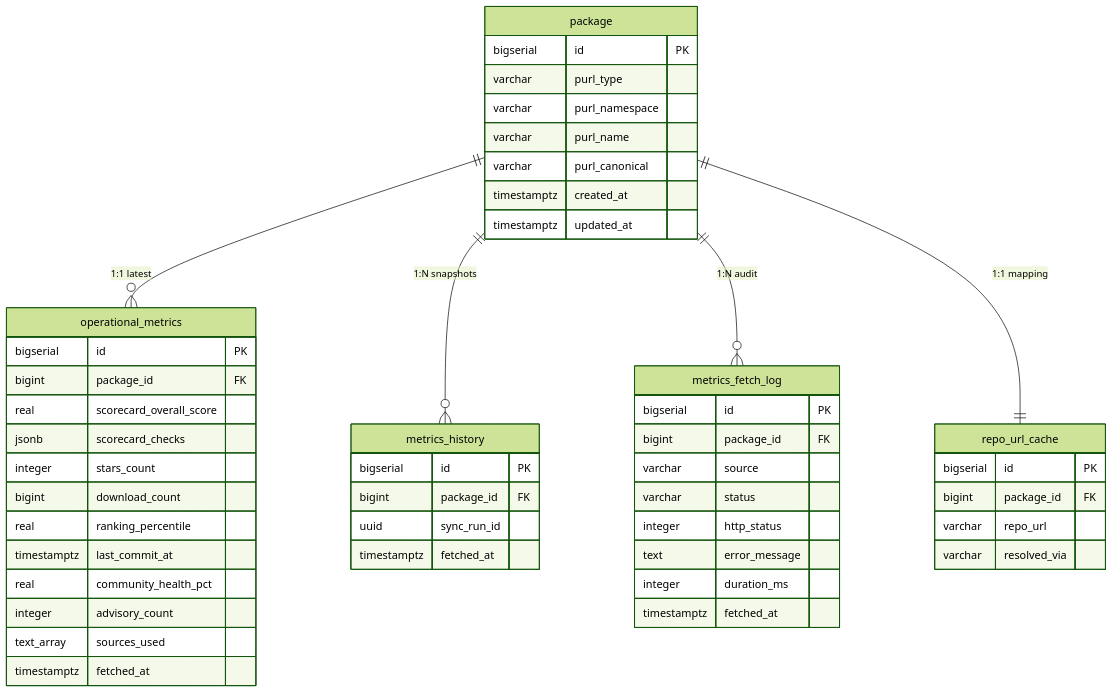
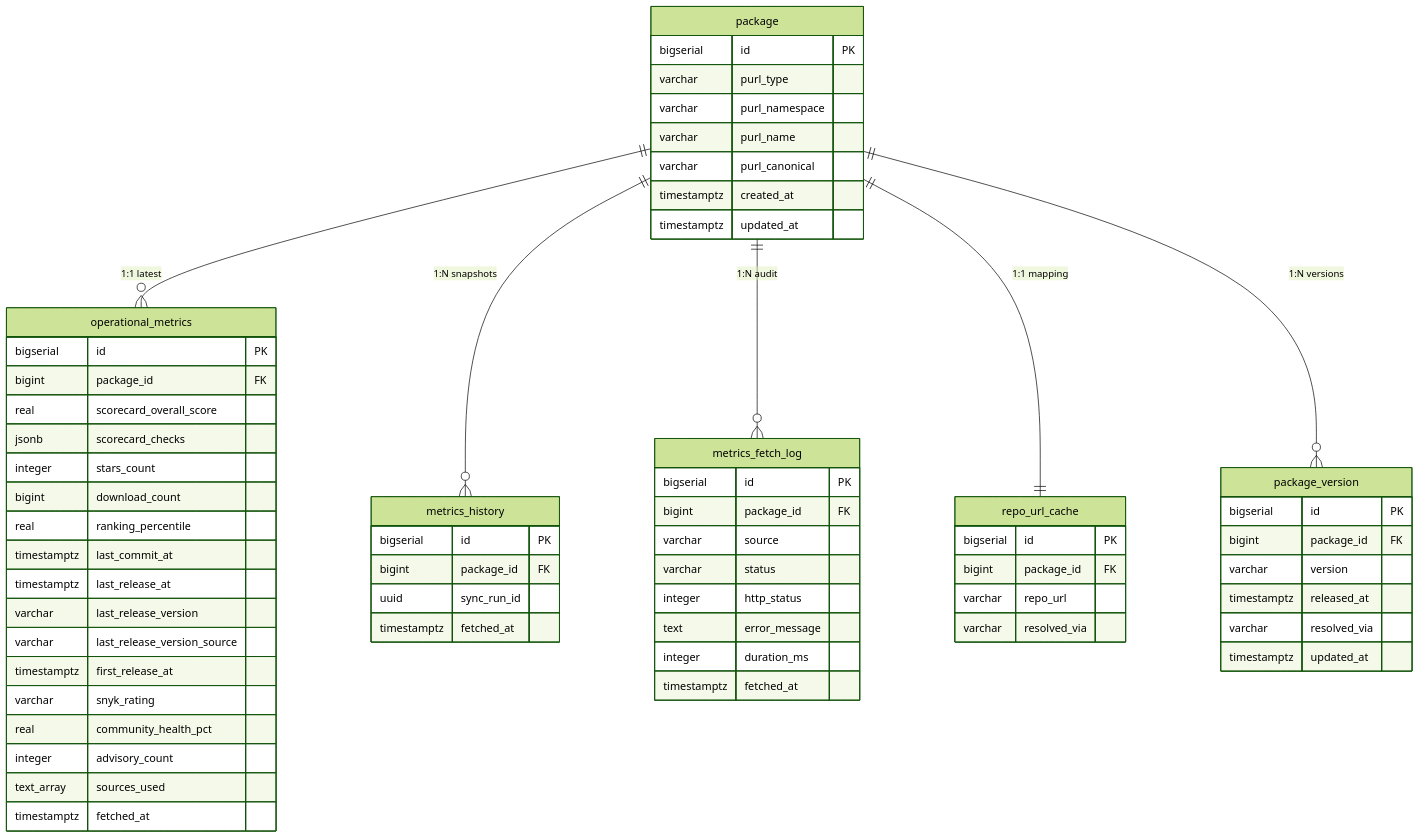
One commit to arikregev/operational-metrics changed the third of 7 diagrams in ARCHITECTURE.md. Above: the diagram before and after it, drawn with Mermaid (forest theme). The commit also changed other lines of this file and 41 other files, not shown here.

First line of the commit message:
Add Snyk source, version tracking, and RepoMetaAnalyzer

````diff
--- a/ARCHITECTURE.md
+++ b/ARCHITECTURE.md
@@ -180,57 +201,72 @@
 ```mermaid
 erDiagram
     package ||--o{ operational_metrics : "1:1 latest"
     package ||--o{ metrics_history : "1:N snapshots"
     package ||--o{ metrics_fetch_log : "1:N audit"
     package ||--|| repo_url_cache : "1:1 mapping"
+    package ||--o{ package_version : "1:N versions"
 
     package {
         bigserial id PK
         varchar purl_type
         varchar purl_namespace
         varchar purl_name
         varchar purl_canonical
         timestamptz created_at
         timestamptz updated_at
     }
 
     operational_metrics {
         bigserial id PK
         bigint package_id FK
         real scorecard_overall_score
         jsonb scorecard_checks
         integer stars_count
         bigint download_count
         real ranking_percentile
         timestamptz last_commit_at
+        timestamptz last_release_at
+        varchar last_release_version
+        varchar last_release_version_source
+        timestamptz first_release_at
+        varchar snyk_rating
         real community_health_pct
         integer advisory_count
         text_array sources_used
         timestamptz fetched_at
+    }
+
+    package_version {
+        bigserial id PK
+        bigint package_id FK
+        varchar version
+        timestamptz released_at
+        varchar resolved_via
+        timestamptz updated_at
     }
 
     metrics_history {
         bigserial id PK
         bigint package_id FK
         uuid sync_run_id
         timestamptz fetched_at
     }
 
     metrics_fetch_log {
         bigserial id PK
         bigint package_id FK
         varchar source
         varchar status
         integer http_status
         text error_message
         integer duration_ms
         timestamptz fetched_at
     }
 
     repo_url_cache {
         bigserial id PK
         bigint package_id FK
         varchar repo_url
         varchar resolved_via
     }
 ```
````
